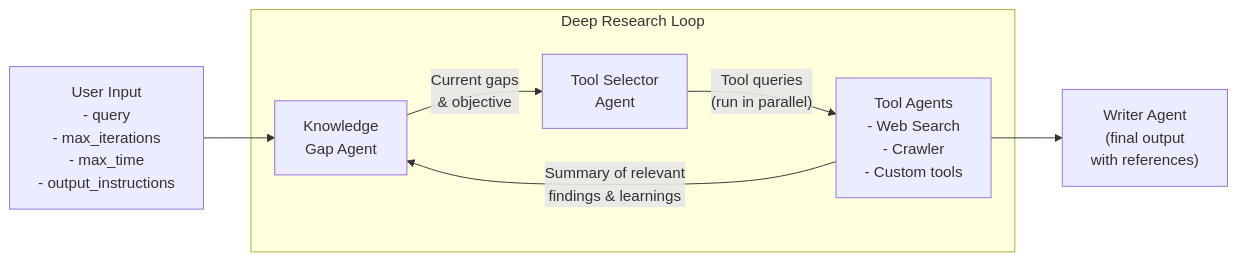
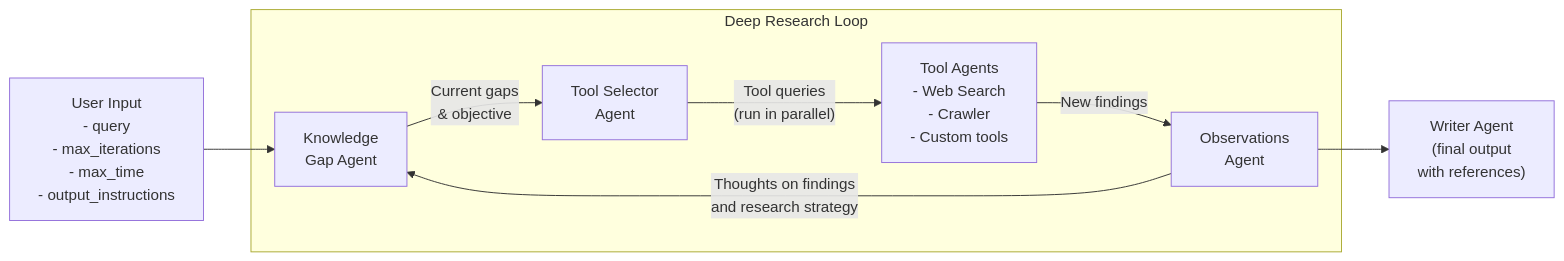
One commit to tsubasakong/agents-deep-research changed the first of 2 diagrams in README.md. Above: the diagram before and after it, drawn with Mermaid. The commit also changed other lines of this file and 7 other files, not shown here.

Commit message:
added observations agent

````diff
--- a/README.md
+++ b/README.md
@@ -37,12 +37,13 @@
 ```mermaid
 flowchart LR
     A["User Input<br>- query<br>- max_iterations<br>- max_time<br>- output_instructions"] --> B
 
     subgraph "Deep Research Loop"
         B["Knowledge<br>Gap Agent"] -->|"Current gaps<br>& objective"| C["Tool Selector<br>Agent"]
         C -->|"Tool queries<br>(run in parallel)"| D["Tool Agents<br>- Web Search<br>- Crawler<br>- Custom tools"]
-        D -->|"Summary of relevant<br>findings & learnings"| B
+        D -->|"New findings"| E["Observations<br>Agent"]
+        E --> |"Thoughts on findings<br>and research strategy"| B
     end
 
-    D --> E["Writer Agent<br>(final output<br>with references)"]
+    E --> F["Writer Agent<br>(final output<br>with references)"]
 ```
````
